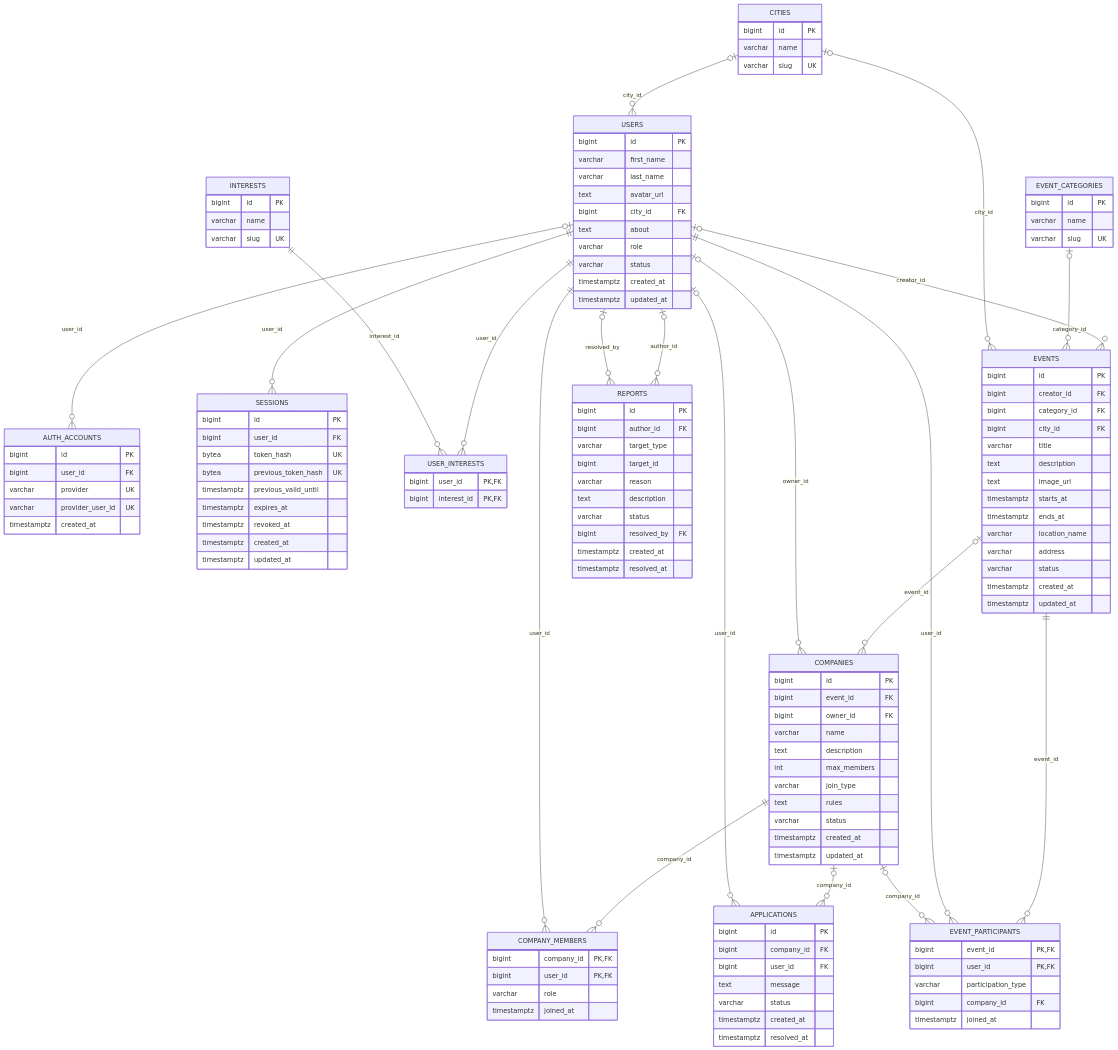
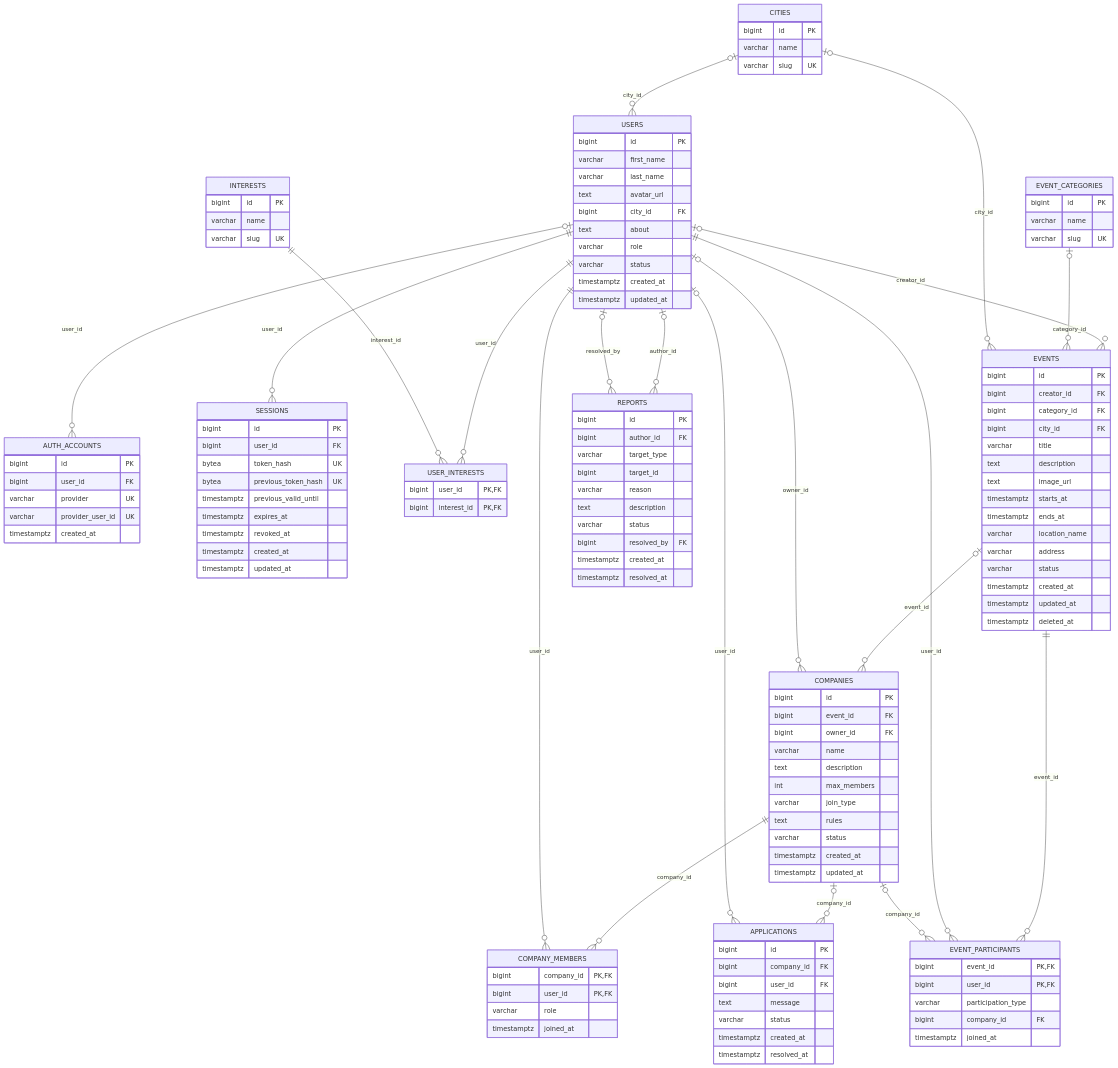
One commit to emount4/poidem-back changed the diagram in docs/database-erd.md. Above: the diagram before and after it, drawn with Mermaid. The commit also changed other lines of this file and 15 other files, not shown here.

```diff
--- a/docs/database-erd.md
+++ b/docs/database-erd.md
@@ -80,6 +82,7 @@
         varchar status
         timestamptz created_at
         timestamptz updated_at
+        timestamptz deleted_at
     }
 
     COMPANIES {
```
